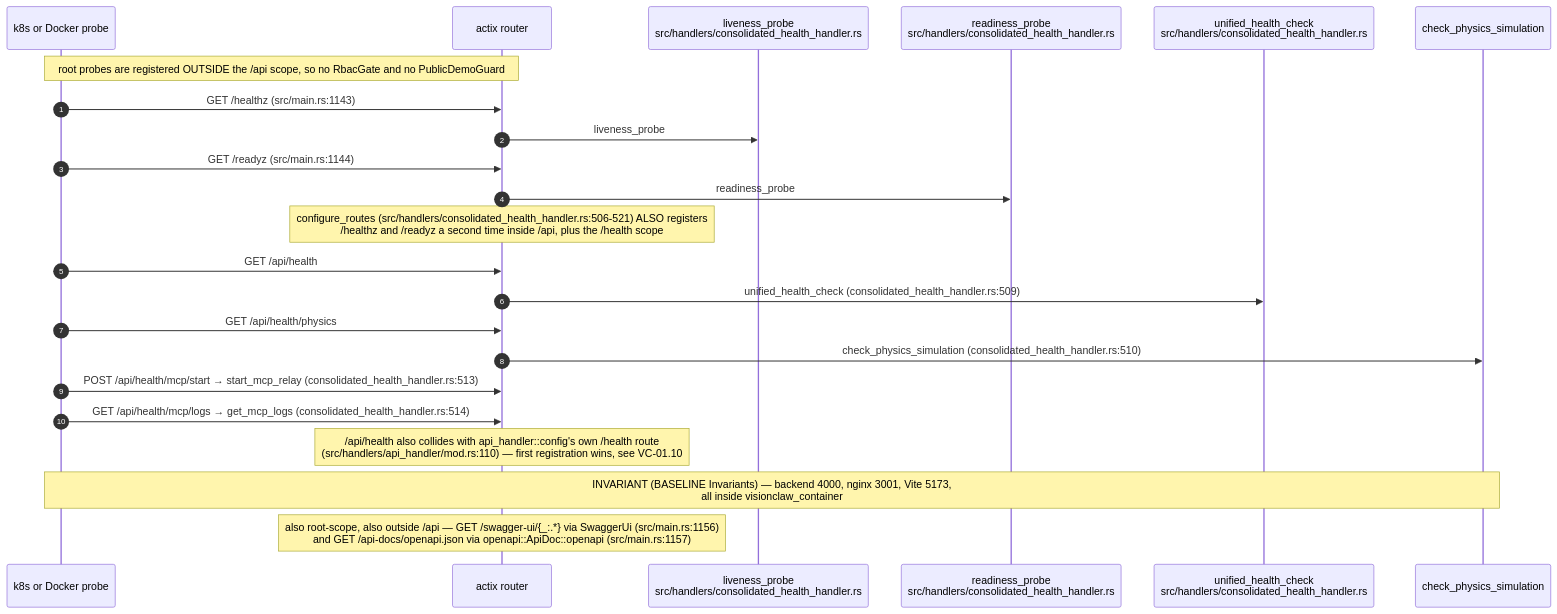
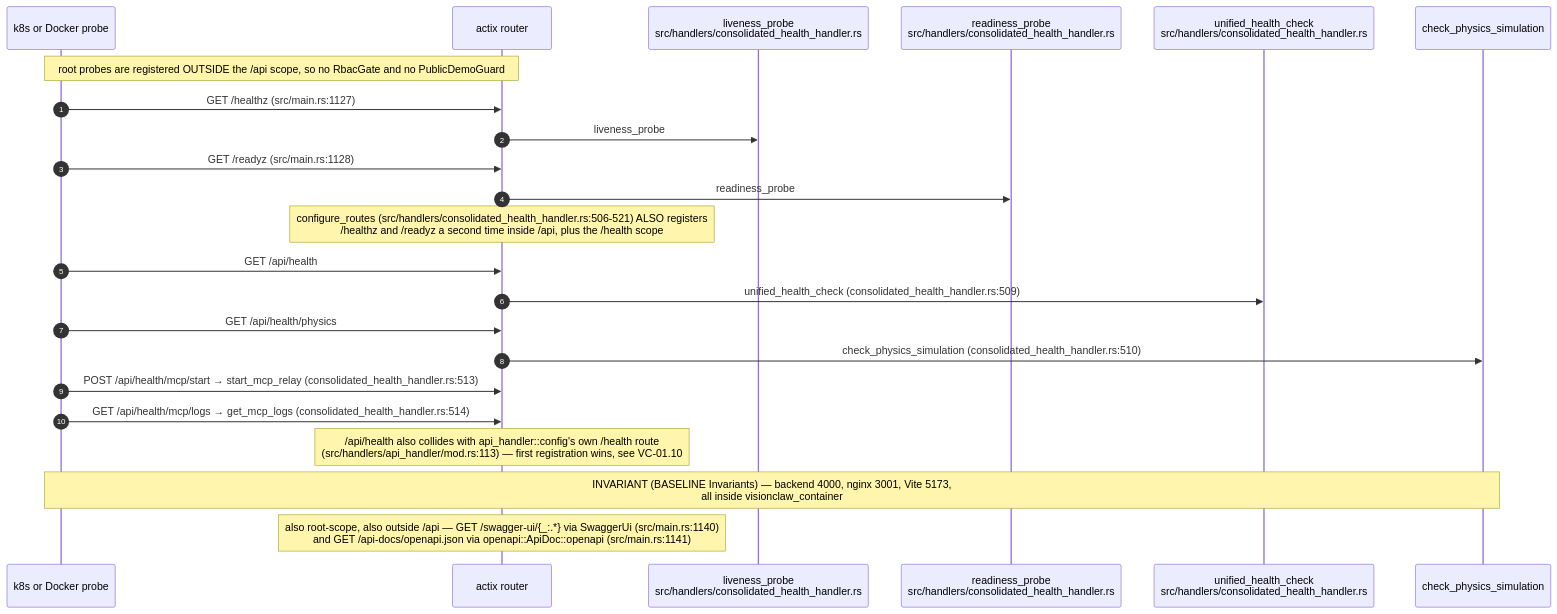
Before and after one commit to DreamLab-AI/VisionFlow: the sixth of 13 diagrams in docs/diagrams/visionclaw/01-boot-and-app-state.md, drawn with Mermaid. The commit also changed other lines of this file and 7 other files, not shown here.

````diff
--- a/docs/diagrams/visionclaw/01-boot-and-app-state.md
+++ b/docs/diagrams/visionclaw/01-boot-and-app-state.md
@@ -330,26 +332,26 @@
 ```mermaid
 sequenceDiagram
     autonumber
     participant K as k8s or Docker probe
     participant R as actix router
     participant L as liveness_probe<br/>src/handlers/consolidated_health_handler.rs
     participant D as readiness_probe<br/>src/handlers/consolidated_health_handler.rs
     participant U as unified_health_check<br/>src/handlers/consolidated_health_handler.rs
     participant P as check_physics_simulation
 
     Note over K,R: root probes are registered OUTSIDE the /api scope, so no RbacGate and no PublicDemoGuard
-    K->>R: GET /healthz (src/main.rs:1143)
+    K->>R: GET /healthz (src/main.rs:1127)
     R->>L: liveness_probe
-    K->>R: GET /readyz (src/main.rs:1144)
+    K->>R: GET /readyz (src/main.rs:1128)
     R->>D: readiness_probe
     Note over R: configure_routes (src/handlers/consolidated_health_handler.rs:506-521) ALSO registers<br/>/healthz and /readyz a second time inside /api, plus the /health scope
     K->>R: GET /api/health
     R->>U: unified_health_check (consolidated_health_handler.rs:509)
     K->>R: GET /api/health/physics
     R->>P: check_physics_simulation (consolidated_health_handler.rs:510)
     K->>R: POST /api/health/mcp/start → start_mcp_relay (consolidated_health_handler.rs:513)
     K->>R: GET /api/health/mcp/logs → get_mcp_logs (consolidated_health_handler.rs:514)
-    Note over R: /api/health also collides with api_handler::config's own /health route<br/>(src/handlers/api_handler/mod.rs:110) — first registration wins, see VC-01.10
+    Note over R: /api/health also collides with api_handler::config's own /health route<br/>(src/handlers/api_handler/mod.rs:113) — first registration wins, see VC-01.10
     Note over K,P: INVARIANT (BASELINE Invariants) — backend 4000, nginx 3001, Vite 5173,<br/>all inside visionclaw_container
-    Note over R: also root-scope, also outside /api — GET /swagger-ui/{_:.*} via SwaggerUi (src/main.rs:1156)<br/>and GET /api-docs/openapi.json via openapi::ApiDoc::openapi (src/main.rs:1157)
+    Note over R: also root-scope, also outside /api — GET /swagger-ui/{_:.*} via SwaggerUi (src/main.rs:1140)<br/>and GET /api-docs/openapi.json via openapi::ApiDoc::openapi (src/main.rs:1141)
 ```
````
